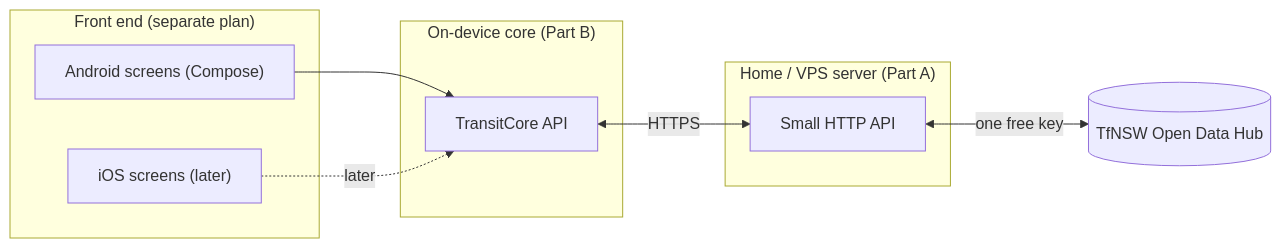
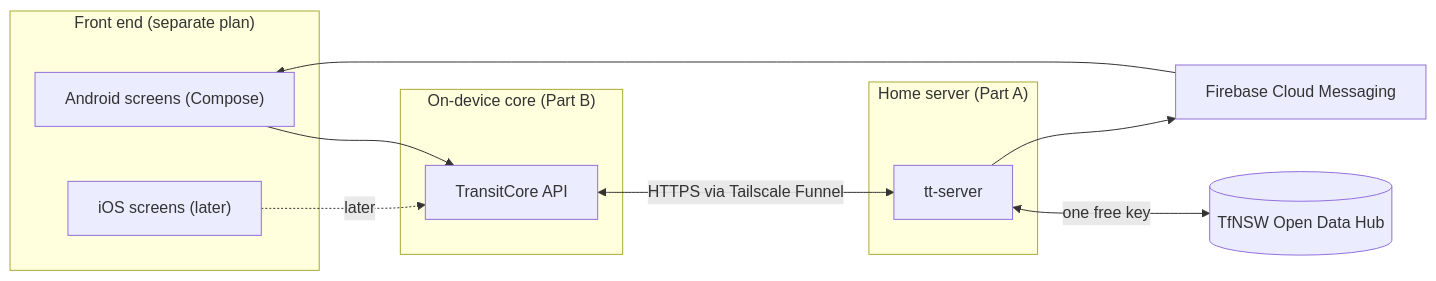
One commit to finnjones/TransitTracker changed the first of 2 diagrams in docs/transittracker-backend-plan.md. Above: the diagram before and after it, drawn with Mermaid. The commit also changed other lines of this file, not shown here.

First line of the commit message:
Backend plan v3: home server, push in v1, free distribution

````diff
--- a/docs/transittracker-backend-plan.md
+++ b/docs/transittracker-backend-plan.md
@@ -43,18 +56,20 @@
 ```mermaid
 flowchart LR
   subgraph FE["Front end (separate plan)"]
     UI["Android screens (Compose)"]
     IOSUI["iOS screens (later)"]
   end
   subgraph Core["On-device core (Part B)"]
     Facade["TransitCore API"]
   end
-  subgraph Server["Home / VPS server (Part A)"]
-    API["Small HTTP API"]
+  subgraph Home["Home server (Part A)"]
+    API["tt-server"]
   end
   TfNSW[("TfNSW Open Data Hub")]
+  FCM["Firebase Cloud Messaging"]
   UI --> Facade
   IOSUI -.later.-> Facade
-  Facade <-->|"HTTPS"| API
+  Facade <-->|"HTTPS via Tailscale Funnel"| API
   API <-->|"one free key"| TfNSW
+  API --> FCM --> UI
 ```
````
